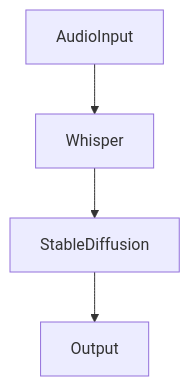
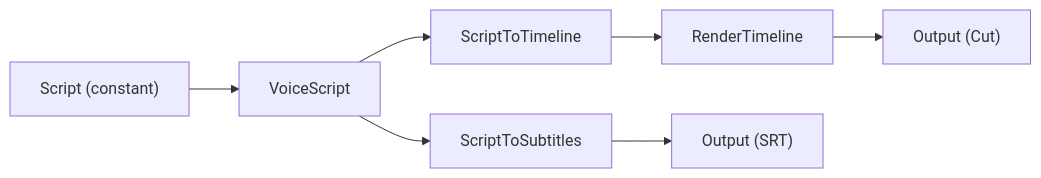
The fourth of 8 diagrams in docs/cookbook/patterns.md (nodetool-ai/nodetool), drawn with Mermaid before and after one commit. The commit also changed other lines of this file and 6 other files, not shown here.

```diff
--- a/docs/cookbook/patterns.md
+++ b/docs/cookbook/patterns.md
@@ -272,10 +139,12 @@
 {% mermaid %}
-graph TD
-  stable_diffusion["StableDiffusion"]
-  whisper["Whisper"]
-  audio_input["AudioInput"]
-  output["Output"]
-  whisper --> stable_diffusion
-  audio_input --> whisper
-  stable_diffusion --> output
+graph LR
+  script["Script (constant)"]
+  voice["VoiceScript"]
+  tl["ScriptToTimeline"]
+  render["RenderTimeline"]
+  subs["ScriptToSubtitles"]
+  out["Output (Cut)"]
+  srt["Output (SRT)"]
+  script --> voice --> tl --> render --> out
+  voice --> subs --> srt
 {% endmermaid %}
```
